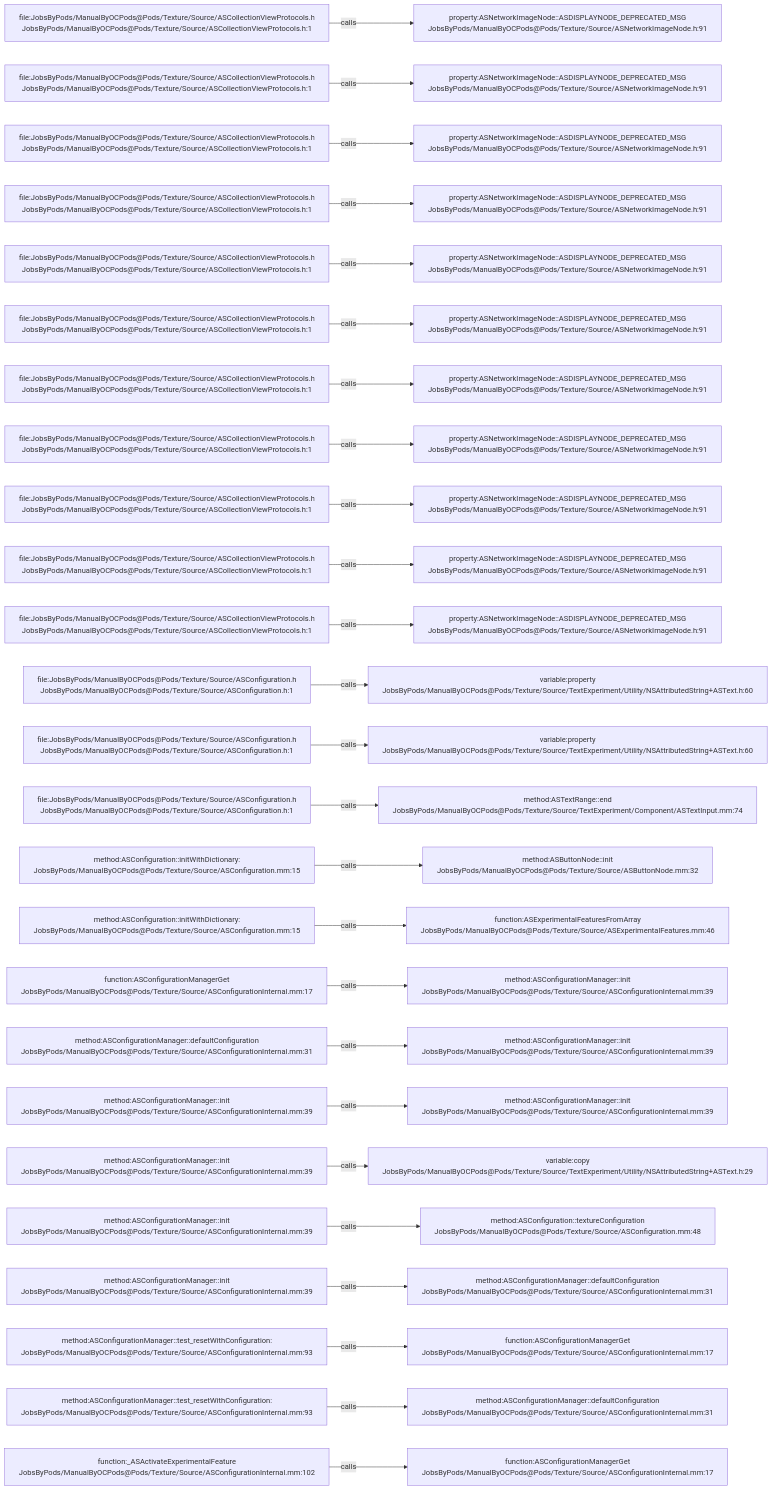
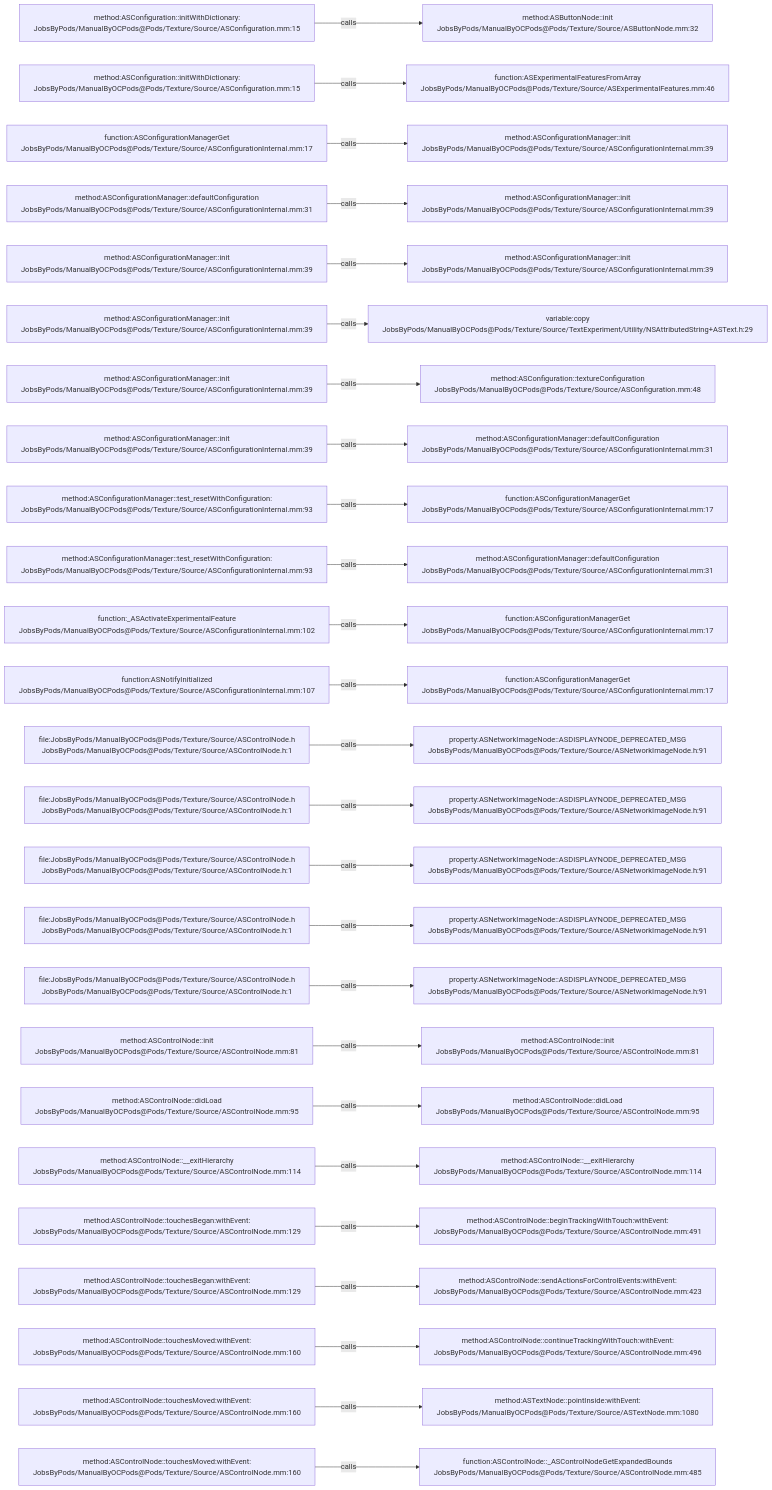
The diagram in .codegraph/codegraph.md/graphs/calls-087.md (JobsKits/JobsOCBaseConfigDemo), drawn with Mermaid before and after one commit. The commit also changed 296 other files, not shown here.

````diff
--- a/.codegraph/codegraph.md/graphs/calls-087.md
+++ b/.codegraph/codegraph.md/graphs/calls-087.md
@@ -13,78 +13,78 @@
 ```mermaid
 flowchart LR
-  S1["file:JobsByPods/ManualByOCPods@Pods/Texture/Source/ASCollectionViewProtocols.h<br/>JobsByPods/ManualByOCPods@Pods/Texture/Source/ASCollectionViewProtocols.h:1"]
-  T1["property:ASNetworkImageNode::ASDISPLAYNODE_DEPRECATED_MSG<br/>JobsByPods/ManualByOCPods@Pods/Texture/Source/ASNetworkImageNode.h:91"]
+  S1["method:ASConfiguration::initWithDictionary:<br/>JobsByPods/ManualByOCPods@Pods/Texture/Source/ASConfiguration.mm:15"]
+  T1["method:ASButtonNode::init<br/>JobsByPods/ManualByOCPods@Pods/Texture/Source/ASButtonNode.mm:32"]
   S1 -->|calls| T1
-  S2["file:JobsByPods/ManualByOCPods@Pods/Texture/Source/ASCollectionViewProtocols.h<br/>JobsByPods/ManualByOCPods@Pods/Texture/Source/ASCollectionViewProtocols.h:1"]
-  T2["property:ASNetworkImageNode::ASDISPLAYNODE_DEPRECATED_MSG<br/>JobsByPods/ManualByOCPods@Pods/Texture/Source/ASNetworkImageNode.h:91"]
+  S2["method:ASConfiguration::initWithDictionary:<br/>JobsByPods/ManualByOCPods@Pods/Texture/Source/ASConfiguration.mm:15"]
+  T2["function:ASExperimentalFeaturesFromArray<br/>JobsByPods/ManualByOCPods@Pods/Texture/Source/ASExperimentalFeatures.mm:46"]
   S2 -->|calls| T2
-  S3["file:JobsByPods/ManualByOCPods@Pods/Texture/Source/ASCollectionViewProtocols.h<br/>JobsByPods/ManualByOCPods@Pods/Texture/Source/ASCollectionViewProtocols.h:1"]
-  T3["property:ASNetworkImageNode::ASDISPLAYNODE_DEPRECATED_MSG<br/>JobsByPods/ManualByOCPods@Pods/Texture/Source/ASNetworkImageNode.h:91"]
+  S3["function:ASConfigurationManagerGet<br/>JobsByPods/ManualByOCPods@Pods/Texture/Source/ASConfigurationInternal.mm:17"]
+  T3["method:ASConfigurationManager::init<br/>JobsByPods/ManualByOCPods@Pods/Texture/Source/ASConfigurationInternal.mm:39"]
   S3 -->|calls| T3
-  S4["file:JobsByPods/ManualByOCPods@Pods/Texture/Source/ASCollectionViewProtocols.h<br/>JobsByPods/ManualByOCPods@Pods/Texture/Source/ASCollectionViewProtocols.h:1"]
-  T4["property:ASNetworkImageNode::ASDISPLAYNODE_DEPRECATED_MSG<br/>JobsByPods/ManualByOCPods@Pods/Texture/Source/ASNetworkImageNode.h:91"]
+  S4["method:ASConfigurationManager::defaultConfiguration<br/>JobsByPods/ManualByOCPods@Pods/Texture/Source/ASConfigurationInternal.mm:31"]
+  T4["method:ASConfigurationManager::init<br/>JobsByPods/ManualByOCPods@Pods/Texture/Source/ASConfigurationInternal.mm:39"]
   S4 -->|calls| T4
-  S5["file:JobsByPods/ManualByOCPods@Pods/Texture/Source/ASCollectionViewProtocols.h<br/>JobsByPods/ManualByOCPods@Pods/Texture/Source/ASCollectionViewProtocols.h:1"]
-  T5["property:ASNetworkImageNode::ASDISPLAYNODE_DEPRECATED_MSG<br/>JobsByPods/ManualByOCPods@Pods/Texture/Source/ASNetworkImageNode.h:91"]
+  S5["method:ASConfigurationManager::init<br/>JobsByPods/ManualByOCPods@Pods/Texture/Source/ASConfigurationInternal.mm:39"]
+  T5["method:ASConfigurationManager::init<br/>JobsByPods/ManualByOCPods@Pods/Texture/Source/ASConfigurationInternal.mm:39"]
   S5 -->|calls| T5
-  S6["file:JobsByPods/ManualByOCPods@Pods/Texture/Source/ASCollectionViewProtocols.h<br/>JobsByPods/ManualByOCPods@Pods/Texture/Source/ASCollectionViewProtocols.h:1"]
-  T6["property:ASNetworkImageNode::ASDISPLAYNODE_DEPRECATED_MSG<br/>JobsByPods/ManualByOCPods@Pods/Texture/Source/ASNetworkImageNode.h:91"]
+  S6["method:ASConfigurationManager::init<br/>JobsByPods/ManualByOCPods@Pods/Texture/Source/ASConfigurationInternal.mm:39"]
+  T6["variable:copy<br/>JobsByPods/ManualByOCPods@Pods/Texture/Source/TextExperiment/Utility/NSAttributedString+ASText.h:29"]
   S6 -->|calls| T6
-  S7["file:JobsByPods/ManualByOCPods@Pods/Texture/Source/ASCollectionViewProtocols.h<br/>JobsByPods/ManualByOCPods@Pods/Texture/Source/ASCollectionViewProtocols.h:1"]
-  T7["property:ASNetworkImageNode::ASDISPLAYNODE_DEPRECATED_MSG<br/>JobsByPods/ManualByOCPods@Pods/Texture/Source/ASNetworkImageNode.h:91"]
+  S7["method:ASConfigurationManager::init<br/>JobsByPods/ManualByOCPods@Pods/Texture/Source/ASConfigurationInternal.mm:39"]
+  T7["method:ASConfiguration::textureConfiguration<br/>JobsByPods/ManualByOCPods@Pods/Texture/Source/ASConfiguration.mm:48"]
   S7 -->|calls| T7
-  S8["file:JobsByPods/ManualByOCPods@Pods/Texture/Source/ASCollectionViewProtocols.h<br/>JobsByPods/ManualByOCPods@Pods/Texture/Source/ASCollectionViewProtocols.h:1"]
-  T8["property:ASNetworkImageNode::ASDISPLAYNODE_DEPRECATED_MSG<br/>JobsByPods/ManualByOCPods@Pods/Texture/Source/ASNetworkImageNode.h:91"]
+  S8["method:ASConfigurationManager::init<br/>JobsByPods/ManualByOCPods@Pods/Texture/Source/ASConfigurationInternal.mm:39"]
+  T8["method:ASConfigurationManager::defaultConfiguration<br/>JobsByPods/ManualByOCPods@Pods/Texture/Source/ASConfigurationInternal.mm:31"]
   S8 -->|calls| T8
-  S9["file:JobsByPods/ManualByOCPods@Pods/Texture/Source/ASCollectionViewProtocols.h<br/>JobsByPods/ManualByOCPods@Pods/Texture/Source/ASCollectionViewProtocols.h:1"]
-  T9["property:ASNetworkImageNode::ASDISPLAYNODE_DEPRECATED_MSG<br/>JobsByPods/ManualByOCPods@Pods/Texture/Source/ASNetworkImageNode.h:91"]
+  S9["method:ASConfigurationManager::test_resetWithConfiguration:<br/>JobsByPods/ManualByOCPods@Pods/Texture/Source/ASConfigurationInternal.mm:93"]
+  T9["function:ASConfigurationManagerGet<br/>JobsByPods/ManualByOCPods@Pods/Texture/Source/ASConfigurationInternal.mm:17"]
   S9 -->|calls| T9
-  S10["file:JobsByPods/ManualByOCPods@Pods/Texture/Source/ASCollectionViewProtocols.h<br/>JobsByPods/ManualByOCPods@Pods/Texture/Source/ASCollectionViewProtocols.h:1"]
-  T10["property:ASNetworkImageNode::ASDISPLAYNODE_DEPRECATED_MSG<br/>JobsByPods/ManualByOCPods@Pods/Texture/Source/ASNetworkImageNode.h:91"]
+  S10["method:ASConfigurationManager::test_resetWithConfiguration:<br/>JobsByPods/ManualByOCPods@Pods/Texture/Source/ASConfigurationInternal.mm:93"]
+  T10["method:ASConfigurationManager::defaultConfiguration<br/>JobsByPods/ManualByOCPods@Pods/Texture/Source/ASConfigurationInternal.mm:31"]
   S10 -->|calls| T10
-  S11["file:JobsByPods/ManualByOCPods@Pods/Texture/Source/ASCollectionViewProtocols.h<br/>JobsByPods/ManualByOCPods@Pods/Texture/Source/ASCollectionViewProtocols.h:1"]
-  T11["property:ASNetworkImageNode::ASDISPLAYNODE_DEPRECATED_MSG<br/>JobsByPods/ManualByOCPods@Pods/Texture/Source/ASNetworkImageNode.h:91"]
+  S11["function:_ASActivateExperimentalFeature<br/>JobsByPods/ManualByOCPods@Pods/Texture/Source/ASConfigurationInternal.mm:102"]
+  T11["function:ASConfigurationManagerGet<br/>JobsByPods/ManualByOCPods@Pods/Texture/Source/ASConfigurationInternal.mm:17"]
   S11 -->|calls| T11
-  S12["file:JobsByPods/ManualByOCPods@Pods/Texture/Source/ASConfiguration.h<br/>JobsByPods/ManualByOCPods@Pods/Texture/Source/ASConfiguration.h:1"]
-  T12["variable:property<br/>JobsByPods/ManualByOCPods@Pods/Texture/Source/TextExperiment/Utility/NSAttributedString+ASText.h:60"]
+  S12["function:ASNotifyInitialized<br/>JobsByPods/ManualByOCPods@Pods/Texture/Source/ASConfigurationInternal.mm:107"]
+  T12["function:ASConfigurationManagerGet<br/>JobsByPods/ManualByOCPods@Pods/Texture/Source/ASConfigurationInternal.mm:17"]
   S12 -->|calls| T12
-  S13["file:JobsByPods/ManualByOCPods@Pods/Texture/Source/ASConfiguration.h<br/>JobsByPods/ManualByOCPods@Pods/Texture/Source/ASConfiguration.h:1"]
-  T13["variable:property<br/>JobsByPods/ManualByOCPods@Pods/Texture/Source/TextExperiment/Utility/NSAttributedString+ASText.h:60"]
+  S13["file:JobsByPods/ManualByOCPods@Pods/Texture/Source/ASControlNode.h<br/>JobsByPods/ManualByOCPods@Pods/Texture/Source/ASControlNode.h:1"]
+  T13["property:ASNetworkImageNode::ASDISPLAYNODE_DEPRECATED_MSG<br/>JobsByPods/ManualByOCPods@Pods/Texture/Source/ASNetworkImageNode.h:91"]
   S13 -->|calls| T13
-  S14["file:JobsByPods/ManualByOCPods@Pods/Texture/Source/ASConfiguration.h<br/>JobsByPods/ManualByOCPods@Pods/Texture/Source/ASConfiguration.h:1"]
-  T14["method:ASTextRange::end<br/>JobsByPods/ManualByOCPods@Pods/Texture/Source/TextExperiment/Component/ASTextInput.mm:74"]
+  S14["file:JobsByPods/ManualByOCPods@Pods/Texture/Source/ASControlNode.h<br/>JobsByPods/ManualByOCPods@Pods/Texture/Source/ASControlNode.h:1"]
+  T14["property:ASNetworkImageNode::ASDISPLAYNODE_DEPRECATED_MSG<br/>JobsByPods/ManualByOCPods@Pods/Texture/Source/ASNetworkImageNode.h:91"]
   S14 -->|calls| T14
-  S15["method:ASConfiguration::initWithDictionary:<br/>JobsByPods/ManualByOCPods@Pods/Texture/Source/ASConfiguration.mm:15"]
-  T15["method:ASButtonNode::init<br/>JobsByPods/ManualByOCPods@Pods/Texture/Source/ASButtonNode.mm:32"]
+  S15["file:JobsByPods/ManualByOCPods@Pods/Texture/Source/ASControlNode.h<br/>JobsByPods/ManualByOCPods@Pods/Texture/Source/ASControlNode.h:1"]
+  T15["property:ASNetworkImageNode::ASDISPLAYNODE_DEPRECATED_MSG<br/>JobsByPods/ManualByOCPods@Pods/Texture/Source/ASNetworkImageNode.h:91"]
   S15 -->|calls| T15
-  S16["method:ASConfiguration::initWithDictionary:<br/>JobsByPods/ManualByOCPods@Pods/Texture/Source/ASConfiguration.mm:15"]
-  T16["function:ASExperimentalFeaturesFromArray<br/>JobsByPods/ManualByOCPods@Pods/Texture/Source/ASExperimentalFeatures.mm:46"]
+  S16["file:JobsByPods/ManualByOCPods@Pods/Texture/Source/ASControlNode.h<br/>JobsByPods/ManualByOCPods@Pods/Texture/Source/ASControlNode.h:1"]
+  T16["property:ASNetworkImageNode::ASDISPLAYNODE_DEPRECATED_MSG<br/>JobsByPods/ManualByOCPods@Pods/Texture/Source/ASNetworkImageNode.h:91"]
   S16 -->|calls| T16
-  S17["function:ASConfigurationManagerGet<br/>JobsByPods/ManualByOCPods@Pods/Texture/Source/ASConfigurationInternal.mm:17"]
-  T17["method:ASConfigurationManager::init<br/>JobsByPods/ManualByOCPods@Pods/Texture/Source/ASConfigurationInternal.mm:39"]
+  S17["file:JobsByPods/ManualByOCPods@Pods/Texture/Source/ASControlNode.h<br/>JobsByPods/ManualByOCPods@Pods/Texture/Source/ASControlNode.h:1"]
+  T17["property:ASNetworkImageNode::ASDISPLAYNODE_DEPRECATED_MSG<br/>JobsByPods/ManualByOCPods@Pods/Texture/Source/ASNetworkImageNode.h:91"]
   S17 -->|calls| T17
-  S18["method:ASConfigurationManager::defaultConfiguration<br/>JobsByPods/ManualByOCPods@Pods/Texture/Source/ASConfigurationInternal.mm:31"]
-  T18["method:ASConfigurationManager::init<br/>JobsByPods/ManualByOCPods@Pods/Texture/Source/ASConfigurationInternal.mm:39"]
+  S18["method:ASControlNode::init<br/>JobsByPods/ManualByOCPods@Pods/Texture/Source/ASControlNode.mm:81"]
+  T18["method:ASControlNode::init<br/>JobsByPods/ManualByOCPods@Pods/Texture/Source/ASControlNode.mm:81"]
   S18 -->|calls| T18
-  S19["method:ASConfigurationManager::init<br/>JobsByPods/ManualByOCPods@Pods/Texture/Source/ASConfigurationInternal.mm:39"]
-  T19["method:ASConfigurationManager::init<br/>JobsByPods/ManualByOCPods@Pods/Texture/Source/ASConfigurationInternal.mm:39"]
+  S19["method:ASControlNode::didLoad<br/>JobsByPods/ManualByOCPods@Pods/Texture/Source/ASControlNode.mm:95"]
+  T19["method:ASControlNode::didLoad<br/>JobsByPods/ManualByOCPods@Pods/Texture/Source/ASControlNode.mm:95"]
   S19 -->|calls| T19
-  S20["method:ASConfigurationManager::init<br/>JobsByPods/ManualByOCPods@Pods/Texture/Source/ASConfigurationInternal.mm:39"]
-  T20["variable:copy<br/>JobsByPods/ManualByOCPods@Pods/Texture/Source/TextExperiment/Utility/NSAttributedString+ASText.h:29"]
+  S20["method:ASControlNode::__exitHierarchy<br/>JobsByPods/ManualByOCPods@Pods/Texture/Source/ASControlNode.mm:114"]
+  T20["method:ASControlNode::__exitHierarchy<br/>JobsByPods/ManualByOCPods@Pods/Texture/Source/ASControlNode.mm:114"]
   S20 -->|calls| T20
-  S21["method:ASConfigurationManager::init<br/>JobsByPods/ManualByOCPods@Pods/Texture/Source/ASConfigurationInternal.mm:39"]
-  T21["method:ASConfiguration::textureConfiguration<br/>JobsByPods/ManualByOCPods@Pods/Texture/Source/ASConfiguration.mm:48"]
+  S21["method:ASControlNode::touchesBegan:withEvent:<br/>JobsByPods/ManualByOCPods@Pods/Texture/Source/ASControlNode.mm:129"]
+  T21["method:ASControlNode::beginTrackingWithTouch:withEvent:<br/>JobsByPods/ManualByOCPods@Pods/Texture/Source/ASControlNode.mm:491"]
   S21 -->|calls| T21
-  S22["method:ASConfigurationManager::init<br/>JobsByPods/ManualByOCPods@Pods/Texture/Source/ASConfigurationInternal.mm:39"]
-  T22["method:ASConfigurationManager::defaultConfiguration<br/>JobsByPods/ManualByOCPods@Pods/Texture/Source/ASConfigurationInternal.mm:31"]
+  S22["method:ASControlNode::touchesBegan:withEvent:<br/>JobsByPods/ManualByOCPods@Pods/Texture/Source/ASControlNode.mm:129"]
+  T22["method:ASControlNode::sendActionsForControlEvents:withEvent:<br/>JobsByPods/ManualByOCPods@Pods/Texture/Source/ASControlNode.mm:423"]
   S22 -->|calls| T22
-  S23["method:ASConfigurationManager::test_resetWithConfiguration:<br/>JobsByPods/ManualByOCPods@Pods/Texture/Source/ASConfigurationInternal.mm:93"]
-  T23["function:ASConfigurationManagerGet<br/>JobsByPods/ManualByOCPods@Pods/Texture/Source/ASConfigurationInternal.mm:17"]
+  S23["method:ASControlNode::touchesMoved:withEvent:<br/>JobsByPods/ManualByOCPods@Pods/Texture/Source/ASControlNode.mm:160"]
+  T23["method:ASControlNode::continueTrackingWithTouch:withEvent:<br/>JobsByPods/ManualByOCPods@Pods/Texture/Source/ASControlNode.mm:496"]
   S23 -->|calls| T23
-  S24["method:ASConfigurationManager::test_resetWithConfiguration:<br/>JobsByPods/ManualByOCPods@Pods/Texture/Source/ASConfigurationInternal.mm:93"]
-  T24["method:ASConfigurationManager::defaultConfiguration<br/>JobsByPods/ManualByOCPods@Pods/Texture/Source/ASConfigurationInternal.mm:31"]
+  S24["method:ASControlNode::touchesMoved:withEvent:<br/>JobsByPods/ManualByOCPods@Pods/Texture/Source/ASControlNode.mm:160"]
+  T24["method:ASTextNode::pointInside:withEvent:<br/>JobsByPods/ManualByOCPods@Pods/Texture/Source/ASTextNode.mm:1080"]
   S24 -->|calls| T24
-  S25["function:_ASActivateExperimentalFeature<br/>JobsByPods/ManualByOCPods@Pods/Texture/Source/ASConfigurationInternal.mm:102"]
-  T25["function:ASConfigurationManagerGet<br/>JobsByPods/ManualByOCPods@Pods/Texture/Source/ASConfigurationInternal.mm:17"]
+  S25["method:ASControlNode::touchesMoved:withEvent:<br/>JobsByPods/ManualByOCPods@Pods/Texture/Source/ASControlNode.mm:160"]
+  T25["function:ASControlNode::_ASControlNodeGetExpandedBounds<br/>JobsByPods/ManualByOCPods@Pods/Texture/Source/ASControlNode.mm:485"]
   S25 -->|calls| T25
 ```
````
